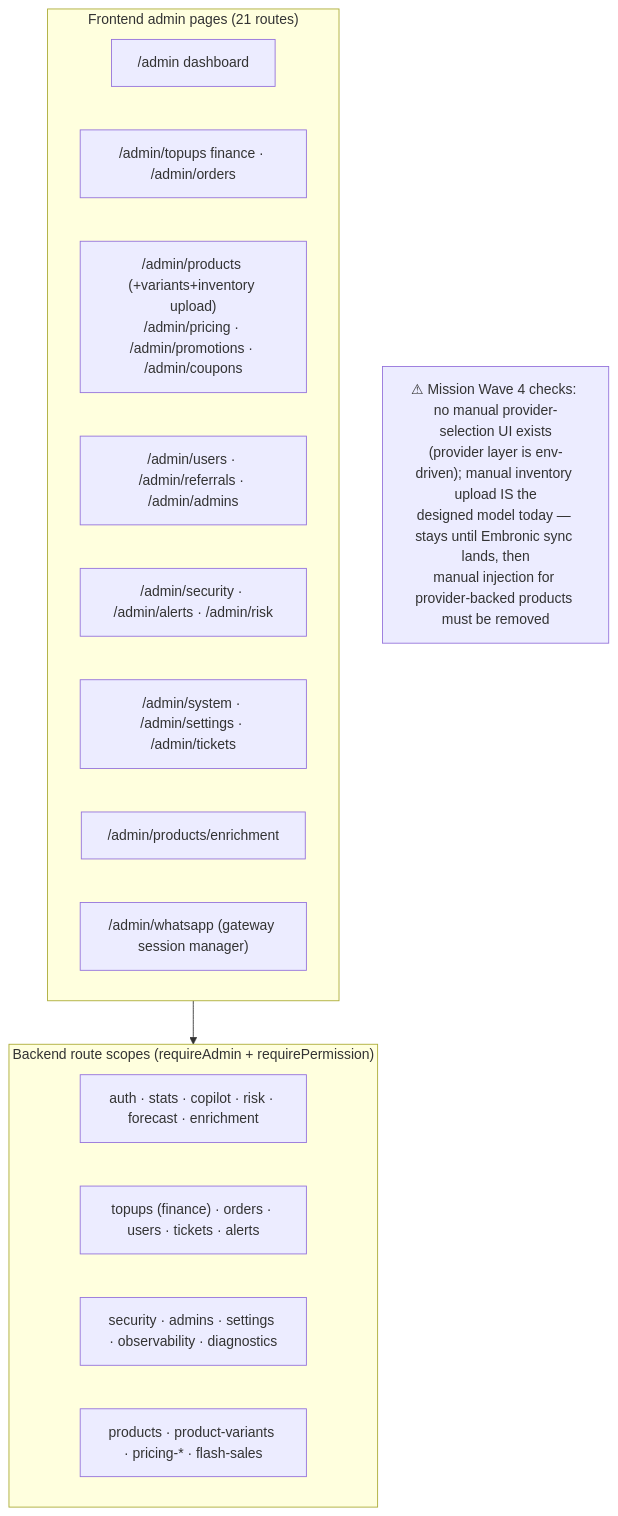
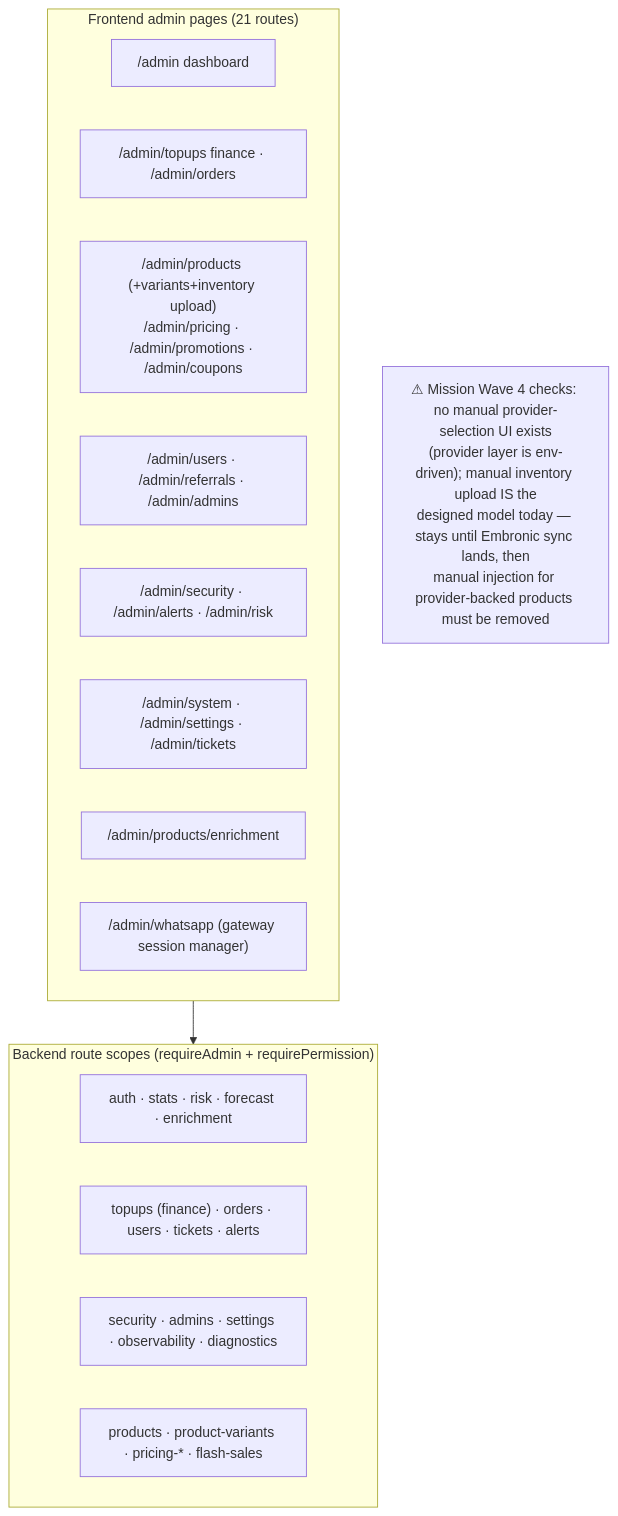
One commit to ahmadmedo1012/SubNation2 changed the diagram in docs/project-graph/09-admin-capabilities.mmd. Above: the diagram before and after it, drawn with Mermaid. The commit also changed 194 other files, not shown here.

```diff
--- a/docs/project-graph/09-admin-capabilities.mmd
+++ b/docs/project-graph/09-admin-capabilities.mmd
@@ -1,23 +1,23 @@
 %% Admin capabilities — /admin/* routes verified in App.tsx + backend routes/admin/
 graph TB
     subgraph AdminPages["Frontend admin pages (21 routes)"]
         D["/admin dashboard"]
         FIN["/admin/topups finance · /admin/orders"]
         PROD["/admin/products (+variants+inventory upload)<br/>/admin/pricing · /admin/promotions · /admin/coupons"]
         USR["/admin/users · /admin/referrals · /admin/admins"]
         SEC["/admin/security · /admin/alerts · /admin/risk"]
         SYS["/admin/system · /admin/settings · /admin/tickets"]
         PROV["/admin/products/enrichment"]
         WA["/admin/whatsapp (gateway session manager)"]
     end
 
     subgraph BackendScopes["Backend route scopes (requireAdmin + requirePermission)"]
-        S1["auth · stats · copilot · risk · forecast · enrichment"]
+        S1["auth · stats · risk · forecast · enrichment"]
         S2["topups (finance) · orders · users · tickets · alerts"]
         S3["security · admins · settings · observability · diagnostics"]
         S4["products · product-variants · pricing-* · flash-sales"]
     end
 
     AdminPages --> BackendScopes
 
     CHECK["⚠ Mission Wave 4 checks: no manual provider-selection UI exists<br/>(provider layer is env-driven); manual inventory upload IS the<br/>designed model today — stays until Embronic sync lands, then<br/>manual injection for provider-backed products must be removed"]
```
